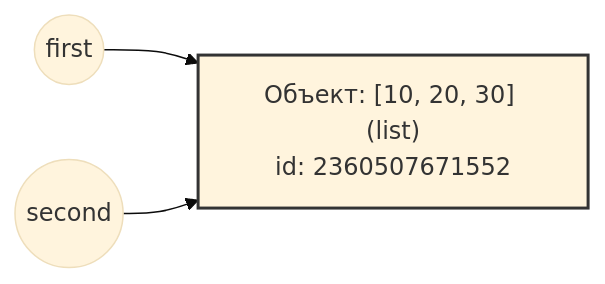
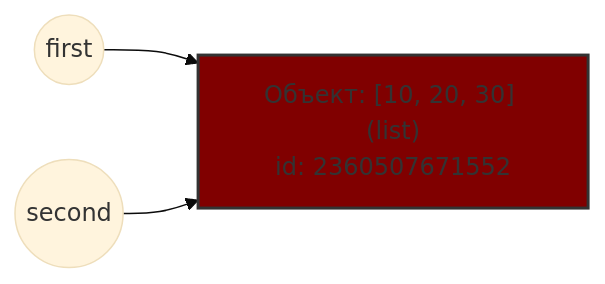
Before and after one commit to Dikobez/fai_topit_fundamentals_of_programming: the first of 3 diagrams in solutions/lab_02/REPORT.md, drawn with Mermaid (base theme). The commit also changed other lines of this file, not shown here.

````diff
--- a/solutions/lab_02/REPORT.md
+++ b/solutions/lab_02/REPORT.md
@@ -13,7 +13,7 @@
 ```mermaid
 graph LR
     first((first)) --> list1["Объект: [10, 20, 30] (list)<br/>id: 2360507671552"]
     second((second)) --> list1
     
-    style list1 fill:#fffff,stroke:#333,stroke-width:2px
+    style list1 fill:#800000,stroke:#333,stroke-width:2px
 ```
````
